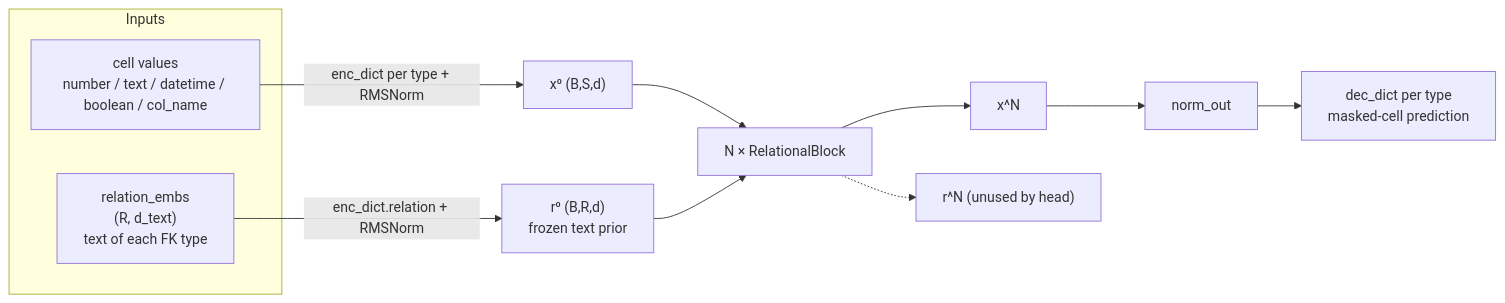
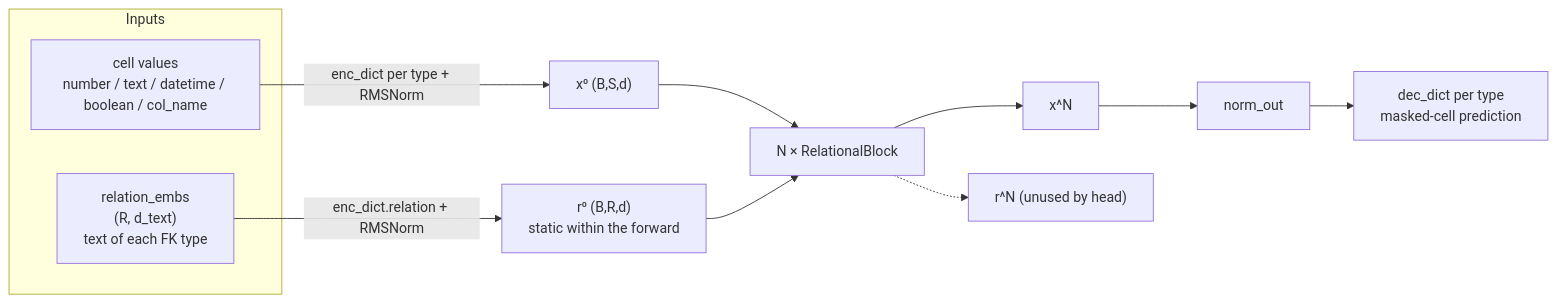
One commit to borawhocodess/modded-nanort-pr changed the first of 4 diagrams in docs/simplicial_relational_attention.md. Above: the diagram before and after it, drawn with Mermaid. The commit also changed other lines of this file and 37 other files, not shown here.

````diff
--- a/docs/simplicial_relational_attention.md
+++ b/docs/simplicial_relational_attention.md
@@ -42,13 +50,13 @@
 ```mermaid
 flowchart LR
   subgraph Inputs
     RE["relation_embs<br/>(R, d_text)<br/>text of each FK type"]
     CV["cell values<br/>number / text / datetime / boolean / col_name"]
   end
-  RE -->|enc_dict.relation + RMSNorm| R0["r⁰ (B,R,d)<br/>frozen text prior"]
+  RE -->|enc_dict.relation + RMSNorm| R0["r⁰ (B,R,d)<br/>static within the forward"]
   CV -->|enc_dict per type + RMSNorm| X0["x⁰ (B,S,d)"]
   X0 --> BLK
   R0 --> BLK
   BLK["N × RelationalBlock"] --> XN["x^N"] --> NORM[norm_out] --> HEAD["dec_dict per type<br/>masked-cell prediction"]
   BLK -.-> RN["r^N (unused by head)"]
 ```
````
